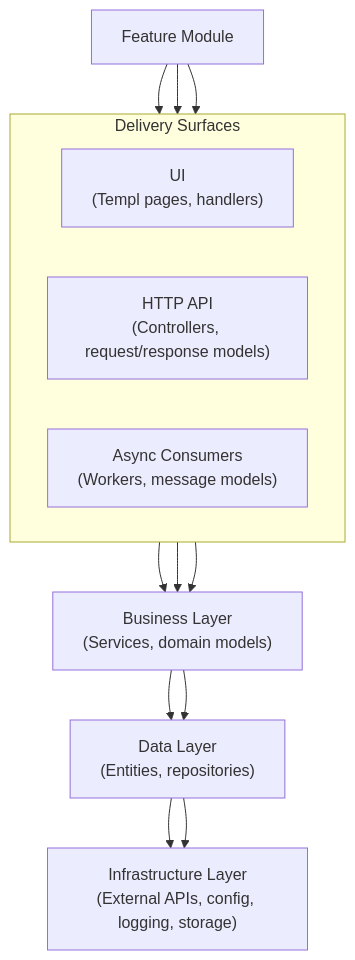
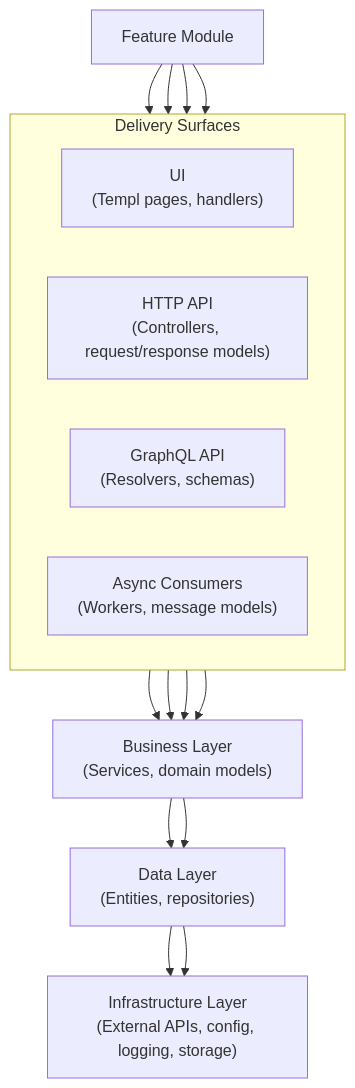
The first of 2 diagrams in ARCHITECTURE.md (mohsenvafa/pharmacy-modernization-project-model), drawn with Mermaid before and after one commit. The commit also changed other lines of this file and 32 other files, not shown here.

Commit message:
Add Graphql layer

````diff
--- a/ARCHITECTURE.md
+++ b/ARCHITECTURE.md
@@ -28,19 +28,21 @@
 ```mermaid
 flowchart TB
     Feature["Feature Module"]
     subgraph Delivery["Delivery Surfaces"]
         direction LR
         UI["UI\n(Templ pages, handlers)"]
         HTTP["HTTP API\n(Controllers, request/response models)"]
+        GraphQL["GraphQL API\n(Resolvers, schemas)"]
         Consumer["Async Consumers\n(Workers, message models)"]
     end
     Business["Business Layer\n(Services, domain models)"]
     Data["Data Layer\n(Entities, repositories)"]
     Infrastructure["Infrastructure Layer\n(External APIs, config, logging, storage)"]
 
     Feature --> UI --> Business --> Data --> Infrastructure
     Feature --> HTTP --> Business
+    Feature --> GraphQL --> Business
     Feature --> Consumer --> Business
     Business --> Data
     Data --> Infrastructure
 ```
````
